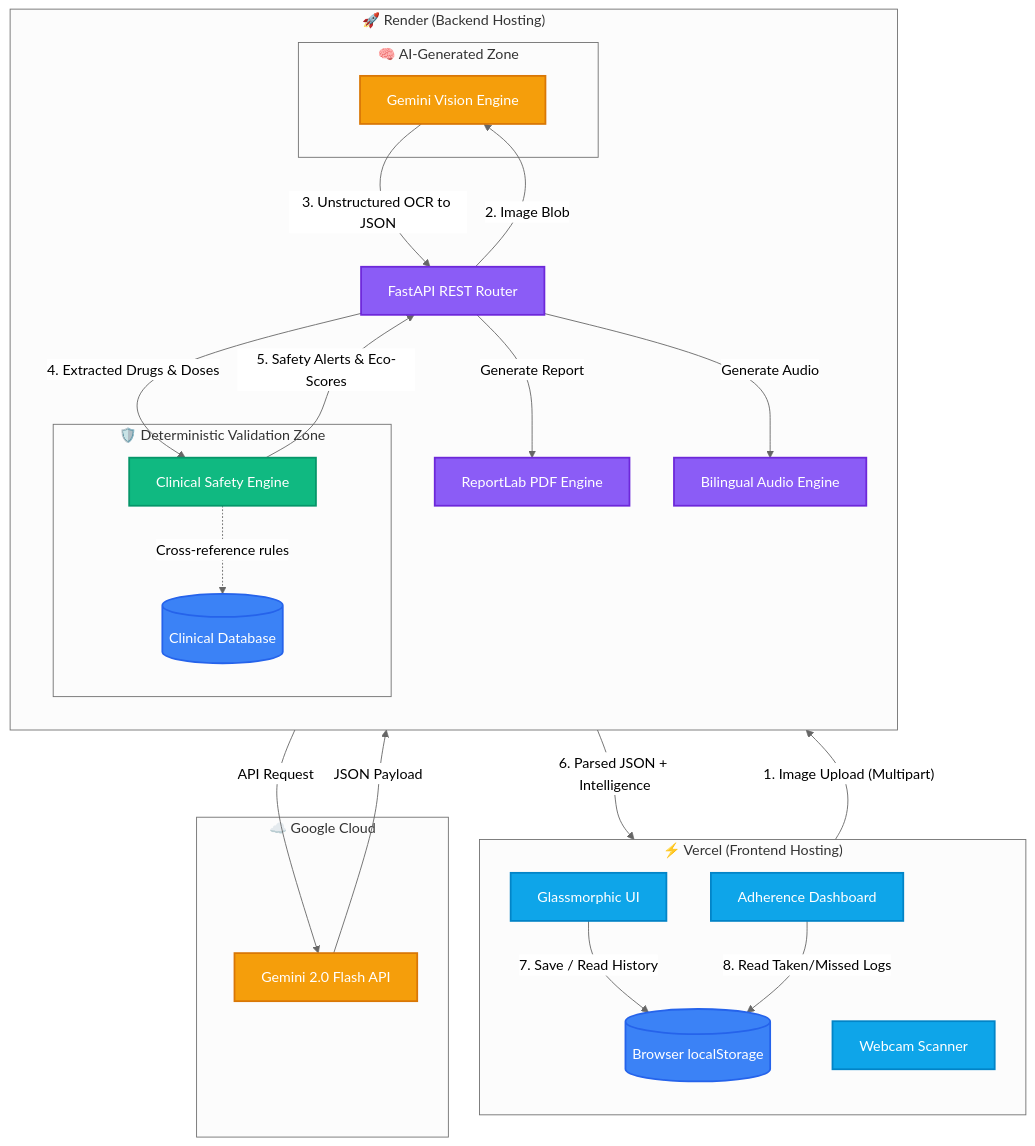
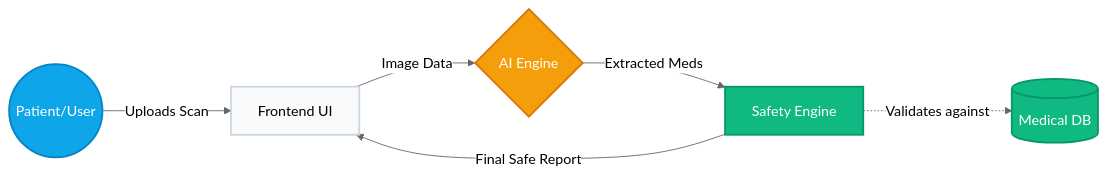
One commit to sameekshajangra/RxLens changed the diagram in README.md. Above: the diagram before and after it, drawn with Mermaid (neutral theme). The commit also changed other lines of this file, not shown here.

Commit message:
docs: Restructure README to be layered and simplify architecture diagram

````diff
--- a/README.md
+++ b/README.md
@@ -32,68 +44,26 @@
 ```mermaid
-graph TD
-    %% Deployment Layer Enclosures
-    subgraph Vercel ["⚡ Vercel (Frontend Hosting)"]
-        direction TB
-        UI[Glassmorphic UI]
-        Cam[Webcam Scanner]
-        Dash[Adherence Dashboard]
-        LS[(Browser localStorage)]
-    end
+graph LR
+    %% Core Entities
+    User((Patient/User))
+    UI[Frontend UI]
+    VLM{AI Engine}
+    Safety[Safety Engine]
+    DB[(Medical DB)]
 
-    subgraph Render ["🚀 Render (Backend Hosting)"]
-        direction TB
-        API[FastAPI REST Router]
-        
-        subgraph TrustBoundary ["🛡️ Deterministic Validation Zone"]
-            CEngine[Clinical Safety Engine]
-            DB[(Clinical Database)]
-        end
+    %% Flow
+    User -- "Uploads Scan" --> UI
+    UI -- "Image Data" --> VLM
+    VLM -- "Extracted Meds" --> Safety
+    Safety -. "Validates against" .-> DB
+    Safety -- "Final Safe Report" --> UI
 
-        subgraph AIBoundary ["🧠 AI-Generated Zone"]
-            VLM[Gemini Vision Engine]
-        end
+    %% Styling
+    classDef default fill:#f8fafc,stroke:#cbd5e1,stroke-width:2px;
+    classDef user fill:#0ea5e9,stroke:#0284c7,stroke-width:2px,color:#fff;
+    classDef ai fill:#f59e0b,stroke:#d97706,stroke-width:2px,color:#fff;
+    classDef safe fill:#10b981,stroke:#059669,stroke-width:2px,color:#fff;
 
-        PDF[ReportLab PDF Engine]
-        TTS[Bilingual Audio Engine]
-    end
-
-    subgraph GoogleCloud ["☁️ Google Cloud"]
-        GeminiAPI[Gemini 2.0 Flash API]
-    end
-
-    %% Data Flow Routing (Frontend)
-    Cam -- "1. Image Upload (Multipart)" --> API
-    API -- "6. Parsed JSON + Intelligence" --> UI
-    UI -- "7. Save / Read History" --> LS
-    Dash -- "8. Read Taken/Missed Logs" --> LS
-
-    %% Internal Backend Routing
-    API -- "2. Image Blob" --> VLM
-    VLM -- "3. Unstructured OCR to JSON" --> API
-    API -- "4. Extracted Drugs & Doses" --> CEngine
-    CEngine -- "5. Safety Alerts & Eco-Scores" --> API
-    
-    %% AI Boundary Routing
-    VLM -- "API Request" --> GeminiAPI
-    GeminiAPI -- "JSON Payload" --> VLM
-    
-    %% Deterministic Routing
-    CEngine -. "Cross-reference rules" .-> DB
-
-    %% Auxiliary Routing
-    API -- "Generate Report" --> PDF
-    API -- "Generate Audio" --> TTS
-
-    %% Styling & Color Hierarchy
-    classDef frontend fill:#0ea5e9,stroke:#0284c7,stroke-width:2px,color:#fff;
-    classDef backend fill:#8b5cf6,stroke:#6d28d9,stroke-width:2px,color:#fff;
-    classDef ai fill:#f59e0b,stroke:#d97706,stroke-width:2px,color:#fff;
-    classDef safety fill:#10b981,stroke:#059669,stroke-width:2px,color:#fff;
-    classDef storage fill:#3b82f6,stroke:#2563eb,stroke-width:2px,color:#fff;
-
-    class UI,Cam,Dash frontend;
-    class API,PDF,TTS backend;
-    class VLM,GeminiAPI ai;
-    class CEngine safety;
-    class DB,LS storage;
+    class User user;
+    class VLM ai;
+    class Safety,DB safe;
 ```
````
